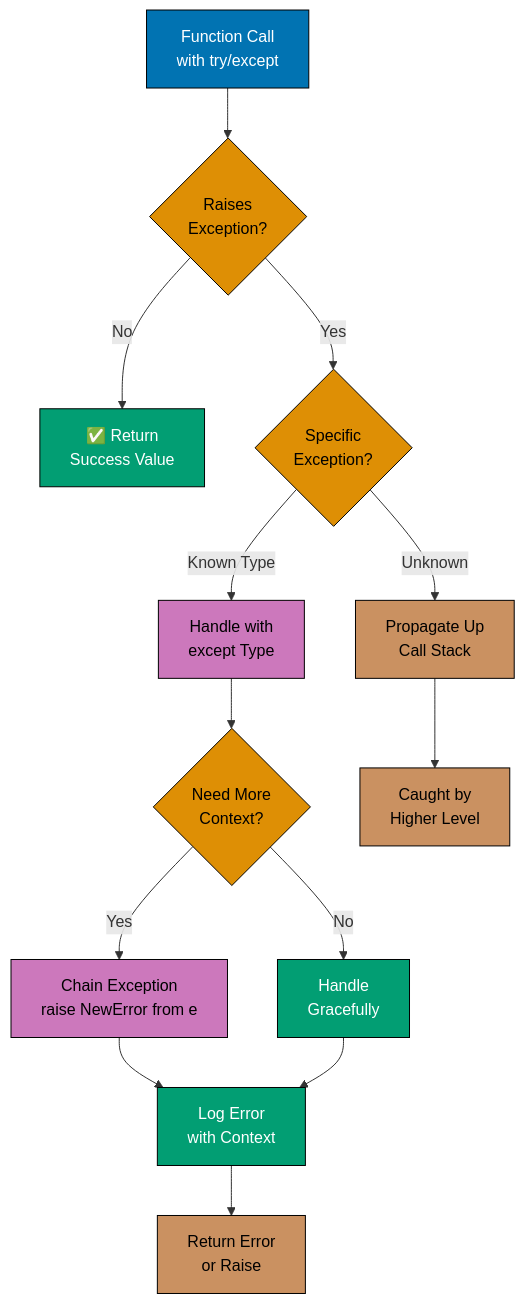
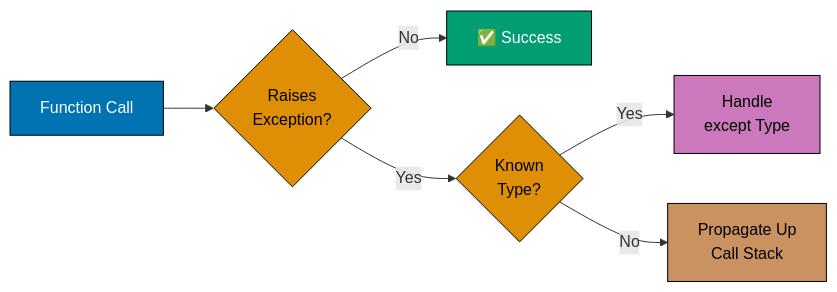
Before and after one commit to wahidyankf/ose-primer: the second of 5 diagrams in docs/explanation/software-engineering/programming-languages/python/best-practices.md, drawn with Mermaid. The commit also changed other lines of this file and 12 other files, not shown here.

Commit message:
fix(docs): fix mermaid violations in python/ docs (batch 2/10)

````diff
--- a/docs/explanation/software-engineering/programming-languages/python/best-practices.md
+++ b/docs/explanation/software-engineering/programming-languages/python/best-practices.md
@@ -1187,31 +1176,19 @@
 ```mermaid
 %% Color Palette: Blue #0173B2, Orange #DE8F05, Teal #029E73, Purple #CC78BC, Brown #CA9161
 %% All colors are color-blind friendly and meet WCAG AA contrast standards
 
-graph TD
-    A["Function Call<br/>with try/except"]:::blue --> B{" Raises<br/>Exception?"}:::orange
+graph LR
+    A["Function Call"]:::blue --> B{"Raises<br/>Exception?"}:::orange
 
-    B -->|"No"| C["✅ Return<br/>Success Value"]:::teal
-    B -->|"Yes"| D{"Specific<br/>Exception?"}:::orange
+    B -->|"No"| C["✅ Success"]:::teal
+    B -->|"Yes"| D{"Known<br/>Type?"}:::orange
 
-    D -->|"Known Type"| E["Handle with<br/>except Type"]:::purple
-    D -->|"Unknown"| F["Propagate Up<br/>Call Stack"]:::brown
-
-    E --> G{"Need More<br/>Context?"}:::orange
-
-    G -->|"Yes"| H["Chain Exception<br/>raise NewError from e"]:::purple
-    G -->|"No"| I["Handle<br/>Gracefully"]:::teal
-
-    H --> J["Log Error<br/>with Context"]:::teal
-    I --> J
-
-    J --> K["Return Error<br/>or Raise"]:::brown
-
-    F --> L["Caught by<br/>Higher Level"]:::brown
+    D -->|"Yes"| E["Handle<br/>except Type"]:::purple
+    D -->|"No"| F["Propagate Up<br/>Call Stack"]:::brown
 
     classDef blue fill:#0173B2,stroke:#000,color:#fff
     classDef orange fill:#DE8F05,stroke:#000,color:#000
     classDef teal fill:#029E73,stroke:#000,color:#fff
     classDef purple fill:#CC78BC,stroke:#000,color:#000
     classDef brown fill:#CA9161,stroke:#000,color:#000
 ```
````
